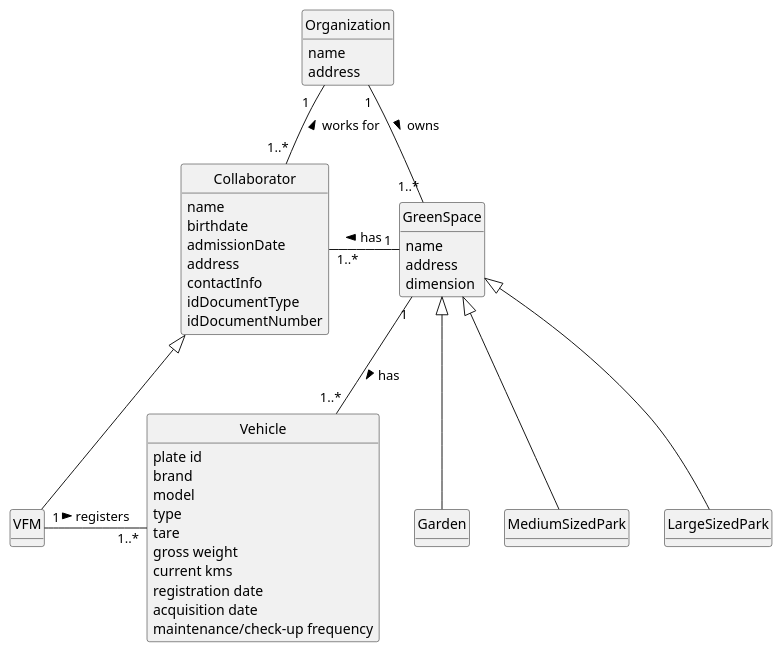
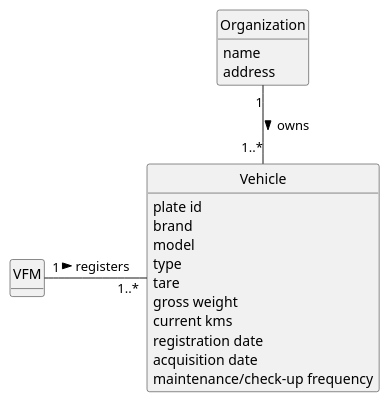
Before and after one commit to diogoveirospro/lei-24-s2-1dg-g072: the diagram in docs/sprintB/us006/02.analysis/puml/us006-domain-model.puml, drawn with PlantUML. The commit also changed 5 other files, not shown here.

```diff
--- a/docs/sprintB/us006/02.analysis/puml/us006-domain-model.puml
+++ b/docs/sprintB/us006/02.analysis/puml/us006-domain-model.puml
@@ -1,70 +1,38 @@
 @startuml
 skinparam monochrome true
 skinparam packageStyle rectangle
 skinparam shadowing false
 
 'left to right direction
 
 skinparam classAttributeIconSize 0
 hide circles
 hide methods
 
-class Collaborator {
-    name
-    birthdate
-    admissionDate
-    address
-    contactInfo
-    idDocumentType
-    idDocumentNumber
-}
 
 class Organization{
     name
     address
 }
 
 class VFM{
 
 }
 
 class Vehicle{
     plate id
     brand
     model
     type
     tare
     gross weight
     current kms
     registration date
     acquisition date
     maintenance/check-up frequency
 }
 
-class GreenSpace {
-    name
-    address
-    dimension
-}
-
-class Garden {
-}
-
-class MediumSizedPark {
-}
-
-class LargeSizedPark {
-}
-
-Collaborator <|-- VFM
 VFM "1"-"   1..*" Vehicle: registers >
-Collaborator "1..*" - "1" GreenSpace: has <
-GreenSpace "1" -- "1..*" Vehicle: has >
-GreenSpace <|-- Garden
-GreenSpace <|-- MediumSizedPark
-GreenSpace <|-- LargeSizedPark
-Organization "1" -- "1..*" GreenSpace: owns >
-Organization "1   " -- "1..*" Collaborator: works for <
-
+Organization "1" -- "1..*" Vehicle: owns >
 
 @enduml
```
